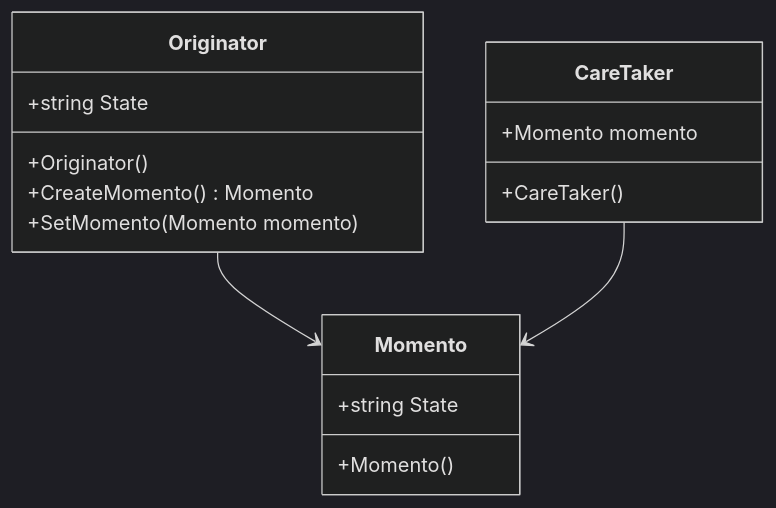
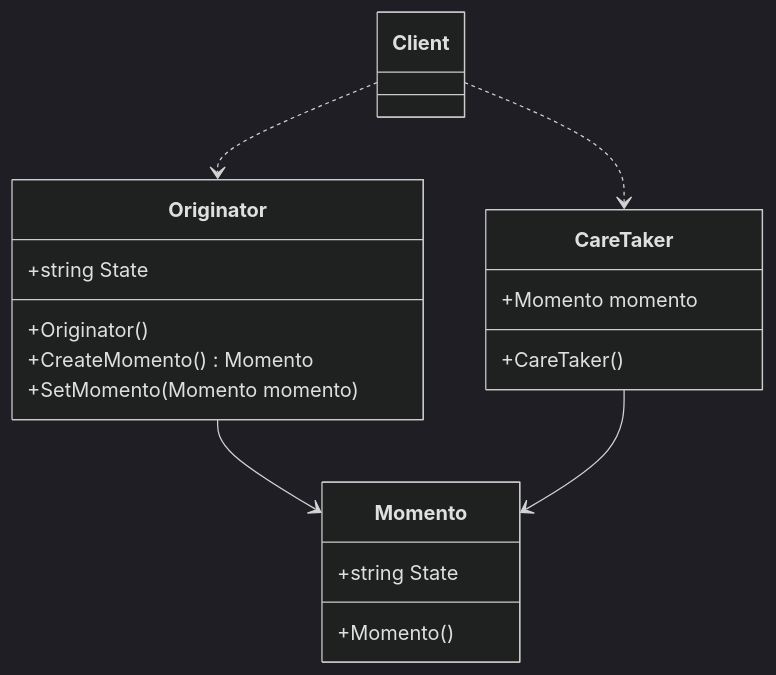
One commit to thunderstormwang/CodingNote changed the diagram in design_pattern/momento.md. Above: the diagram before and after it, drawn with Mermaid (dark theme). The commit also changed other lines of this file and 2 other files, not shown here.

````diff
--- a/design_pattern/momento.md
+++ b/design_pattern/momento.md
@@ -9,22 +10,26 @@
 ```mermaid
 classDiagram
+class Client
 class Originator {
     +string State
     +Originator()
     +CreateMomento() Momento
     +SetMomento(Momento momento)
 }
 
 class Momento {
     +string State
     +Momento()
 }
 
 class CareTaker {
     +Momento momento
     +CareTaker()
 }
 
+Client ..> Originator
+Client ..> CareTaker
+
 Originator --> Momento
 CareTaker --> Momento
 ```
````
